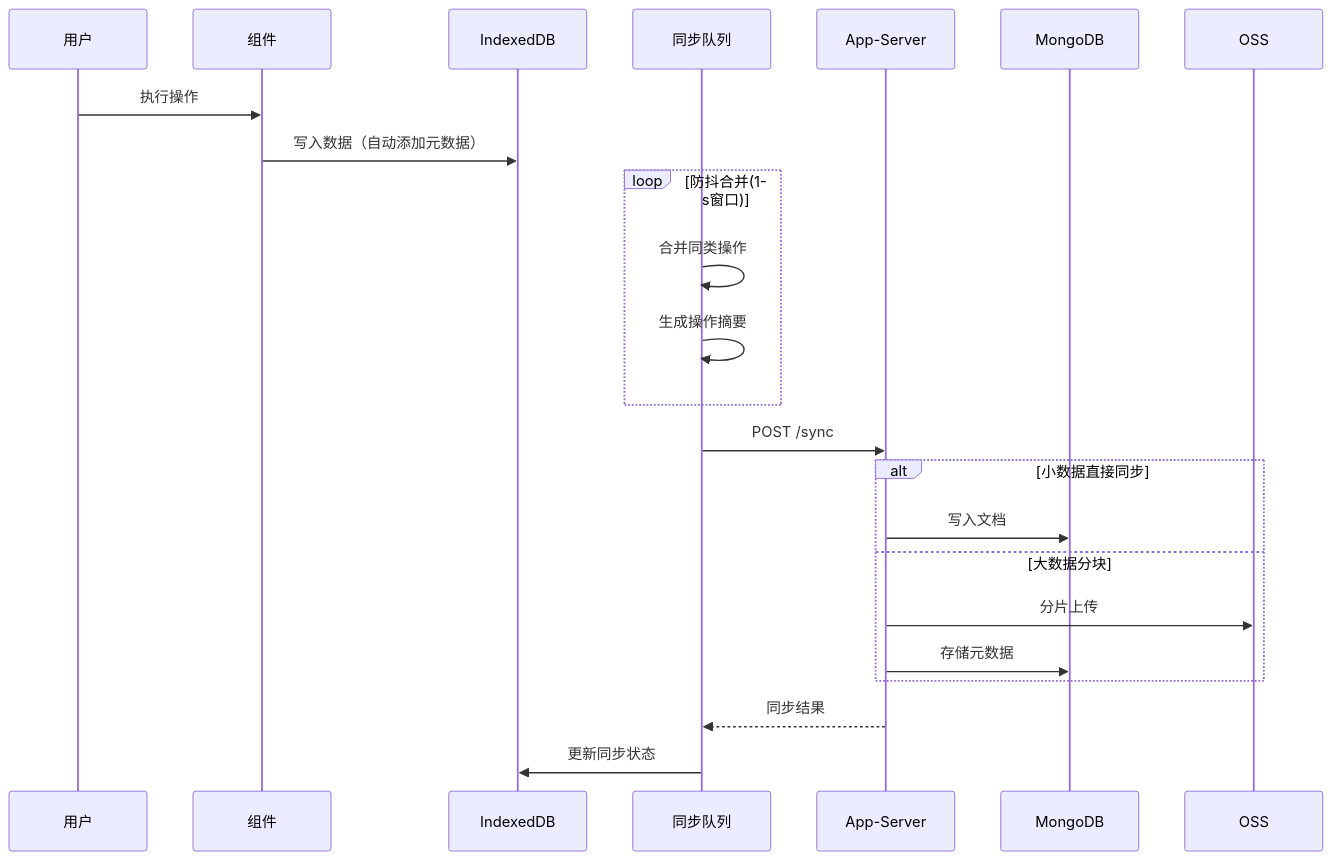
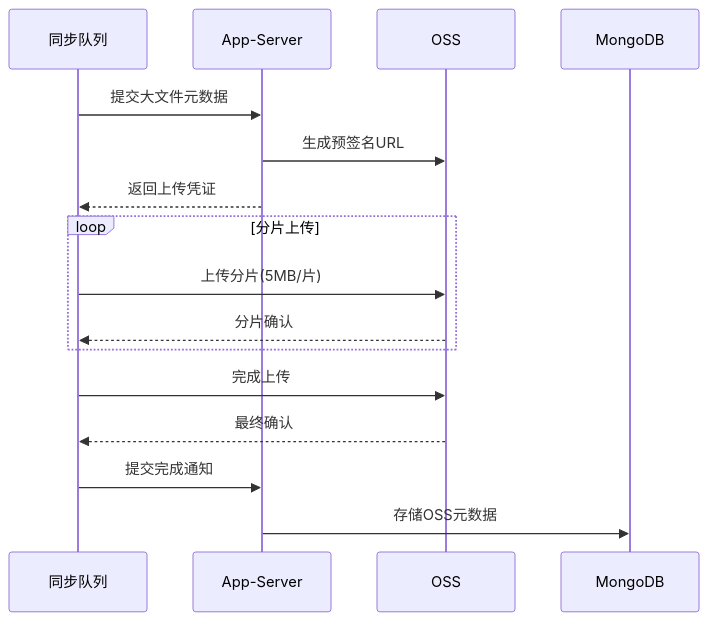
Before and after one commit to yingjianzh/iodraw-files: the diagram in all/未命名-24.md, drawn with Mermaid.

Commit message:
2025-02-21 11:55:53 update

````diff
--- a/all/未命名-24.md
+++ b/all/未命名-24.md
@@ -1,29 +1,21 @@
 ```mermaid
 sequenceDiagram
-    participant 用户
-    participant 组件
-    participant IndexedDB
     participant 同步队列
     participant App-Server
+    participant OSS
     participant MongoDB
-    participant OSS
 
-    用户->>组件: 执行操作
-    组件->>IndexedDB: 写入数据（自动添加元数据）
+    同步队列->>App-Server: 提交大文件元数据
+    App-Server->>OSS: 生成预签名URL
+    App-Server-->>同步队列: 返回上传凭证
     
-    loop 防抖合并(1s窗口)
-        同步队列->>同步队列: 合并同类操作
-        同步队列->>同步队列: 生成操作摘要
+    loop 分片上传
+        同步队列->>OSS: 上传分片(5MB/片)
+        OSS-->>同步队列: 分片确认
     end
     
-    同步队列->>App-Server: POST /sync
-    alt 小数据直接同步
-        App-Server->>MongoDB: 写入文档
-    else 大数据分块
-        App-Server->>OSS: 分片上传
-        App-Server->>MongoDB: 存储元数据
-    end
-    
-    App-Server-->>同步队列: 同步结果
-    同步队列->>IndexedDB: 更新同步状态
+    同步队列->>OSS: 完成上传
+    OSS-->>同步队列: 最终确认
+    同步队列->>App-Server: 提交完成通知
+    App-Server->>MongoDB: 存储OSS元数据
 ```
````
